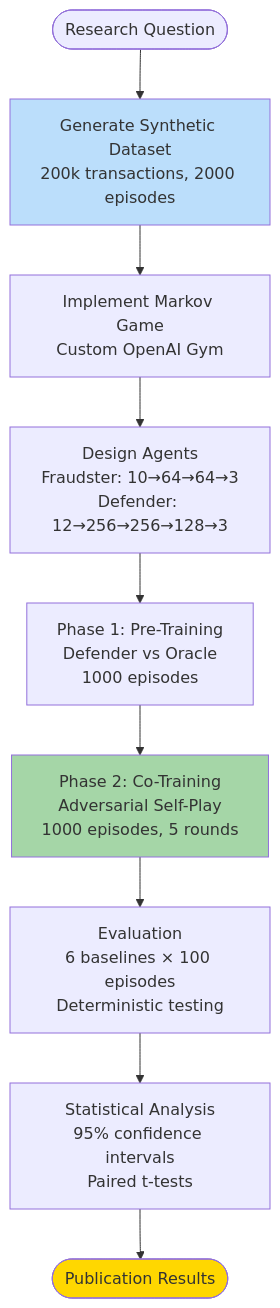
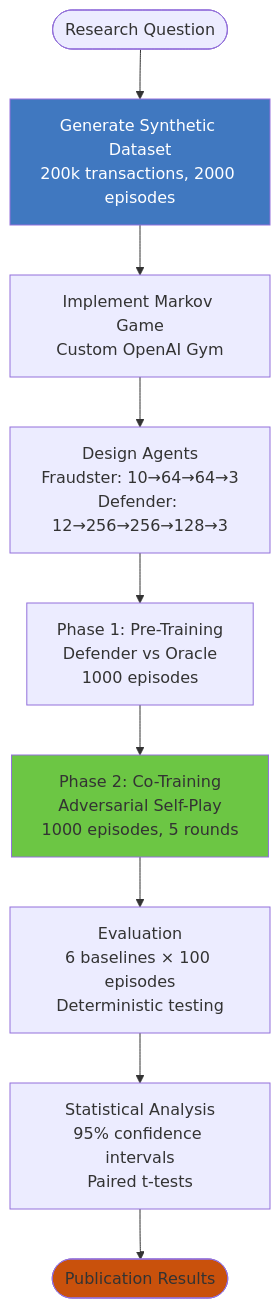
Before and after one commit to HelloCol2/markov-fraud-antigravity: the eighth of 14 diagrams in README.md, drawn with Mermaid. The commit also changed other lines of this file, not shown here.

````diff
--- a/README.md
+++ b/README.md
@@ -415,15 +414,15 @@
 ```mermaid
 graph TB
     Start([Research Question]) --> Data[Generate Synthetic Dataset<br/>200k transactions, 2000 episodes]
     Data --> Env[Implement Markov Game<br/>Custom OpenAI Gym]
     Env --> Agent[Design Agents<br/>Fraudster: 10→64→64→3<br/>Defender: 12→256→256→128→3]
     Agent --> Train1[Phase 1: Pre-Training<br/>Defender vs Oracle<br/>1000 episodes]
     Train1 --> Train2[Phase 2: Co-Training<br/>Adversarial Self-Play<br/>1000 episodes, 5 rounds]
     Train2 --> Eval[Evaluation<br/>6 baselines × 100 episodes<br/>Deterministic testing]
     Eval --> Analysis[Statistical Analysis<br/>95% confidence intervals<br/>Paired t-tests]
     Analysis --> Results([Publication Results])
     
-    style Data fill:#bbdefb
-    style Train2 fill:#a5d6a7
-    style Results fill:#ffd700
+    style Data fill:#4078c0,color:#fff
+    style Train2 fill:#6cc644
+    style Results fill:#c9510c
 ```
````
